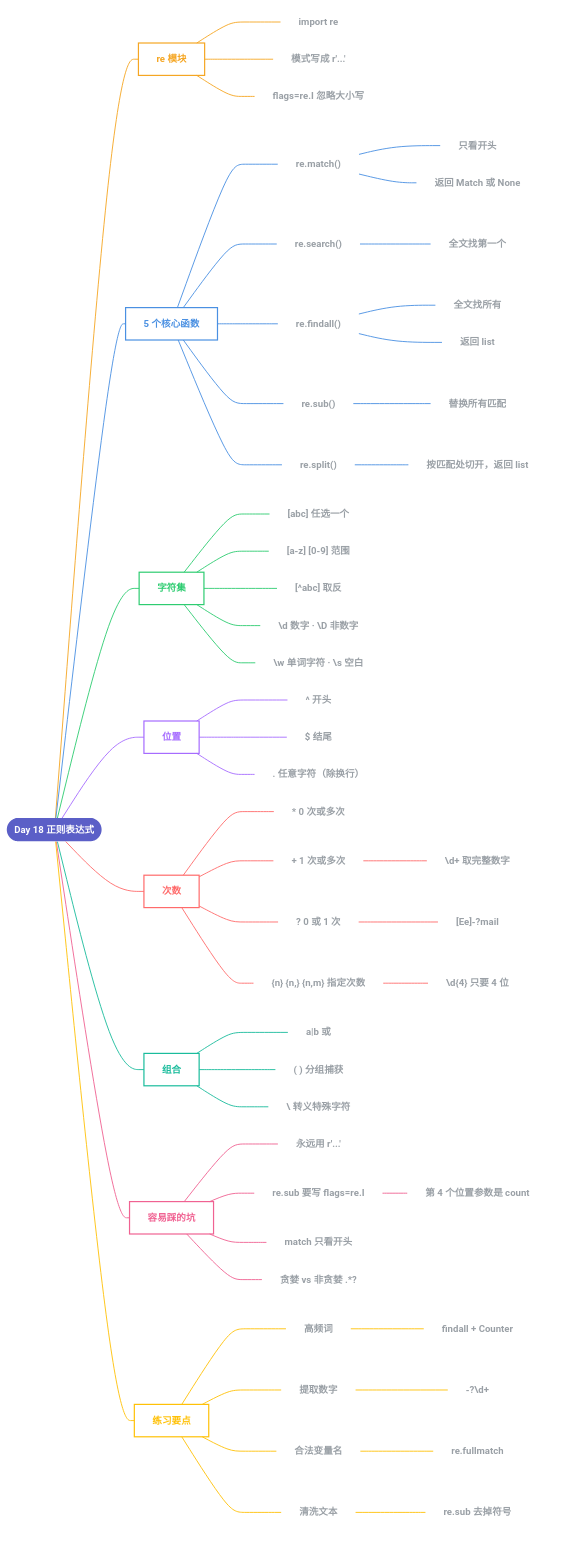
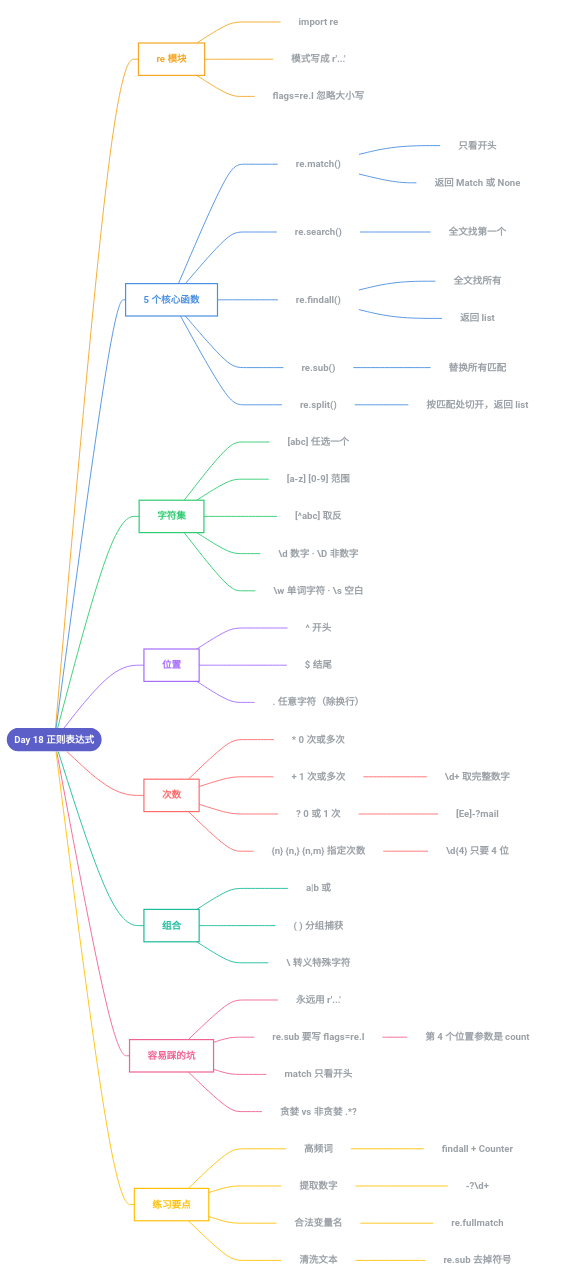
One commit to Lnnkun/30-days-of-python-notes changed the diagram in Day18_正则表达式.md. Above: the diagram before and after it, drawn with Mermaid (base theme). The commit also changed 4 other files, not shown here.

Commit message:
Day19 思维导图顺序统一（从上到下）；删除不再使用的速查图

```diff
--- a/Day18_正则表达式.md
+++ b/Day18_正则表达式.md
@@ -18,10 +18,7 @@
   end
   style sn4 fill:none,stroke:none
   b1 --- n7["re.search()"]
-  subgraph sn7[" "]
   n7 --- n8["全文找第一个"]
-  end
-  style sn7 fill:none,stroke:none
   b1 --- n9["re.findall()"]
   subgraph sn9[" "]
   n9 --- n10["全文找所有"]
@@ -29,15 +26,9 @@
   end
   style sn9 fill:none,stroke:none
   b1 --- n12["re.sub()"]
-  subgraph sn12[" "]
   n12 --- n13["替换所有匹配"]
-  end
-  style sn12 fill:none,stroke:none
   b1 --- n14["re.split()"]
-  subgraph sn14[" "]
   n14 --- n15["按匹配处切开，返回 list"]
-  end
-  style sn14 fill:none,stroke:none
   classDef c1 fill:none,stroke:#4A90E2,stroke-width:2px,color:#4A90E2,font-weight:bold
   class b1 c1
   R --- b2["字符集"]
@@ -57,20 +48,11 @@
   R --- b4["次数"]
   b4 --- n24["* 0 次或多次"]
   b4 --- n25["+ 1 次或多次"]
-  subgraph sn25[" "]
   n25 --- n26["\d+ 取完整数字"]
-  end
-  style sn25 fill:none,stroke:none
   b4 --- n27["? 0 或 1 次"]
-  subgraph sn27[" "]
   n27 --- n28["[Ee]-?mail"]
-  end
-  style sn27 fill:none,stroke:none
   b4 --- n29["{n} {n,} {n,m} 指定次数"]
-  subgraph sn29[" "]
   n29 --- n30["\d{4} 只要 4 位"]
-  end
-  style sn29 fill:none,stroke:none
   classDef c4 fill:none,stroke:#FF6B6B,stroke-width:2px,color:#FF6B6B,font-weight:bold
   class b4 c4
   R --- b5["组合"]
@@ -82,35 +64,20 @@
   R --- b6["容易踩的坑"]
   b6 --- n34["永远用 r'...'"]
   b6 --- n35["re.sub 要写 flags=re.I"]
-  subgraph sn35[" "]
   n35 --- n36["第 4 个位置参数是 count"]
-  end
-  style sn35 fill:none,stroke:none
   b6 --- n37["match 只看开头"]
   b6 --- n38["贪婪 vs 非贪婪 .*?"]
   classDef c6 fill:none,stroke:#F06292,stroke-width:2px,color:#F06292,font-weight:bold
   class b6 c6
   R --- b7["练习要点"]
   b7 --- n39["高频词"]
-  subgraph sn39[" "]
   n39 --- n40["findall + Counter"]
-  end
-  style sn39 fill:none,stroke:none
   b7 --- n41["提取数字"]
-  subgraph sn41[" "]
   n41 --- n42["-?\d+"]
-  end
-  style sn41 fill:none,stroke:none
   b7 --- n43["合法变量名"]
-  subgraph sn43[" "]
   n43 --- n44["re.fullmatch"]
-  end
-  style sn43 fill:none,stroke:none
   b7 --- n45["清洗文本"]
-  subgraph sn45[" "]
   n45 --- n46["re.sub 去掉符号"]
-  end
-  style sn45 fill:none,stroke:none
   classDef c7 fill:none,stroke:#FFC107,stroke-width:2px,color:#FFC107,font-weight:bold
   class b7 c7
   classDef leaf fill:none,stroke:none,color:#9AA0A6
```
